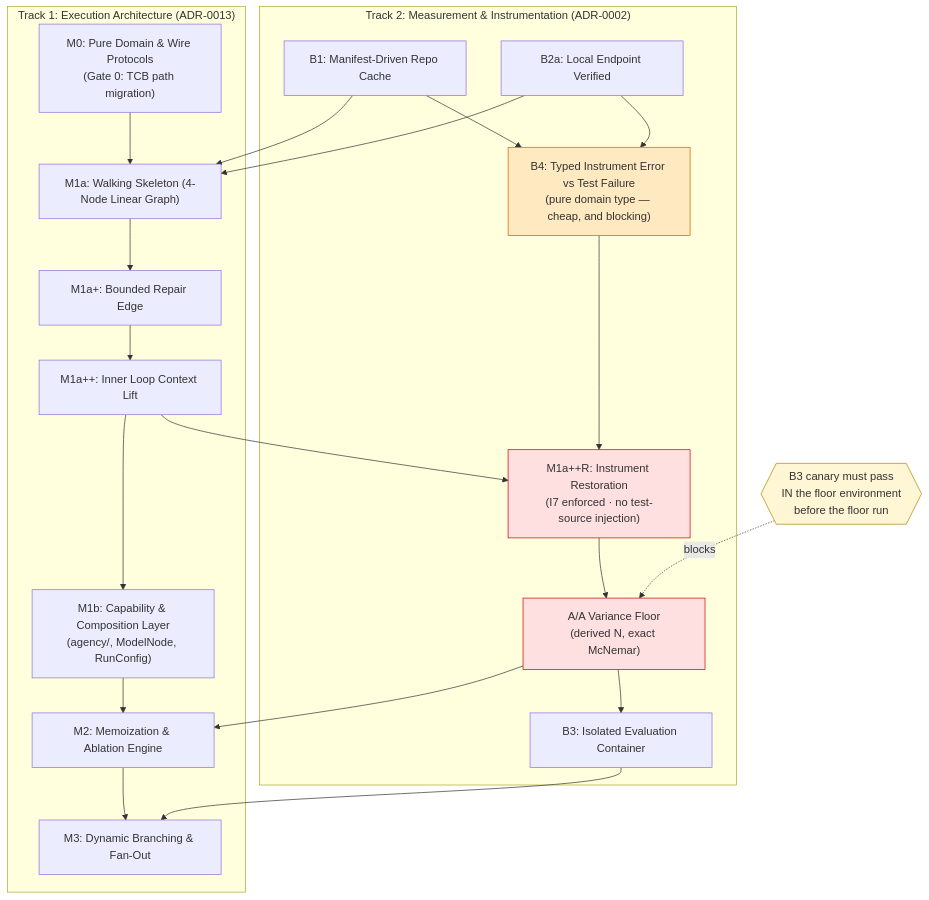
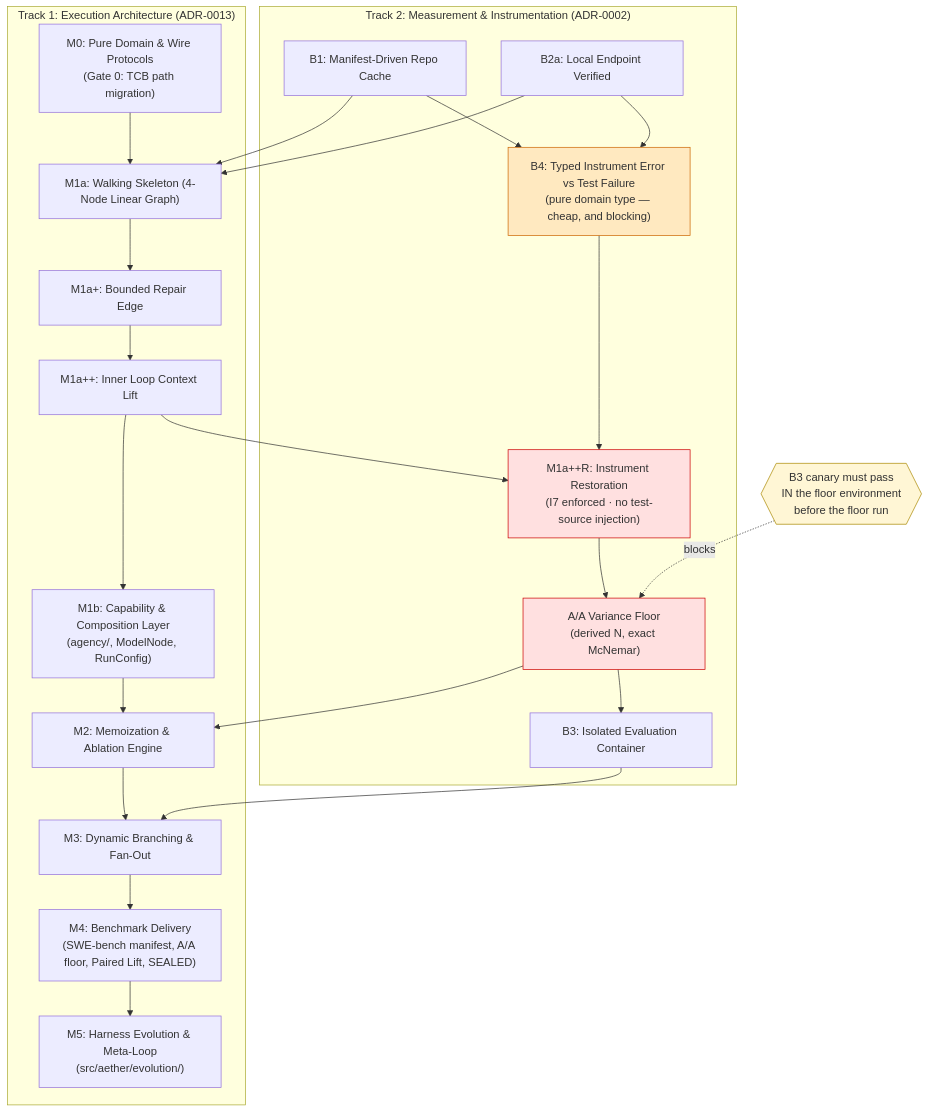
The diagram in docs/agile/roadmap.md (brainopensource/Harness-D-power), drawn with Mermaid before and after one commit. The commit also changed other lines of this file and 12 other files, not shown here.

````diff
--- a/docs/agile/roadmap.md
+++ b/docs/agile/roadmap.md
@@ -12,35 +12,37 @@
 ```mermaid
 graph TD
     subgraph "Track 1: Execution Architecture (ADR-0013)"
         M0["M0: Pure Domain & Wire Protocols<br/>(Gate 0: TCB path migration)"] --> M1a["M1a: Walking Skeleton (4-Node Linear Graph)"]
         M1a --> M1ap["M1a+: Bounded Repair Edge"]
         M1ap --> M1app["M1a++: Inner Loop Context Lift"]
         M1app --> M1b["M1b: Capability & Composition Layer<br/>(agency/, ModelNode, RunConfig)"]
         M1b --> M2["M2: Memoization & Ablation Engine"]
         M2 --> M3["M3: Dynamic Branching & Fan-Out"]
+        M3 --> M4["M4: Benchmark Delivery<br/>(SWE-bench manifest, A/A floor, Paired Lift, SEALED)"]
+        M4 --> M5["M5: Harness Evolution & Meta-Loop<br/>(src/aether/evolution/)"]
     end
 
     subgraph "Track 2: Measurement & Instrumentation (ADR-0002)"
         B1["B1: Manifest-Driven Repo Cache"] --> B4
         B2["B2a: Local Endpoint Verified"] --> B4
         B4["B4: Typed Instrument Error vs Test Failure<br/>(pure domain type — cheap, and blocking)"]
         B4 --> R["M1a++R: Instrument Restoration<br/>(I7 enforced · no test-source injection)"]
         R --> AA["A/A Variance Floor<br/>(derived N, exact McNemar)"]
         AA --> B3["B3: Isolated Evaluation Container"]
     end
 
     B1 --> M1a
     B2 --> M1a
     M1app --> R
     AA --> M2
     B3 --> M3
 
     style R fill:#ffe0e0,stroke:#c00
 
     CANARY{{"B3 canary must pass<br/>IN the floor environment<br/>before the floor run"}}
     CANARY -.blocks.-> AA
 
     style B4 fill:#ffe9c0,stroke:#c60
     style AA fill:#ffe0e0,stroke:#c00
     style CANARY fill:#fff6d5,stroke:#a80
 ```
````
